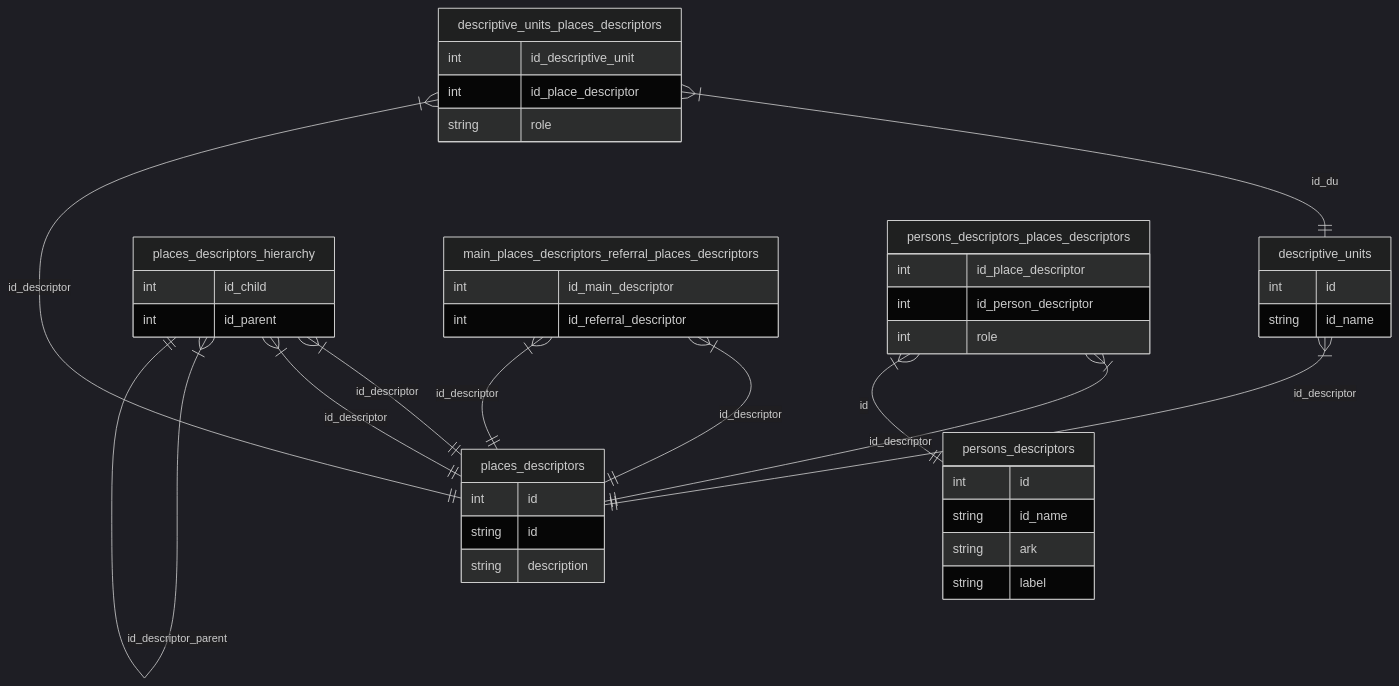
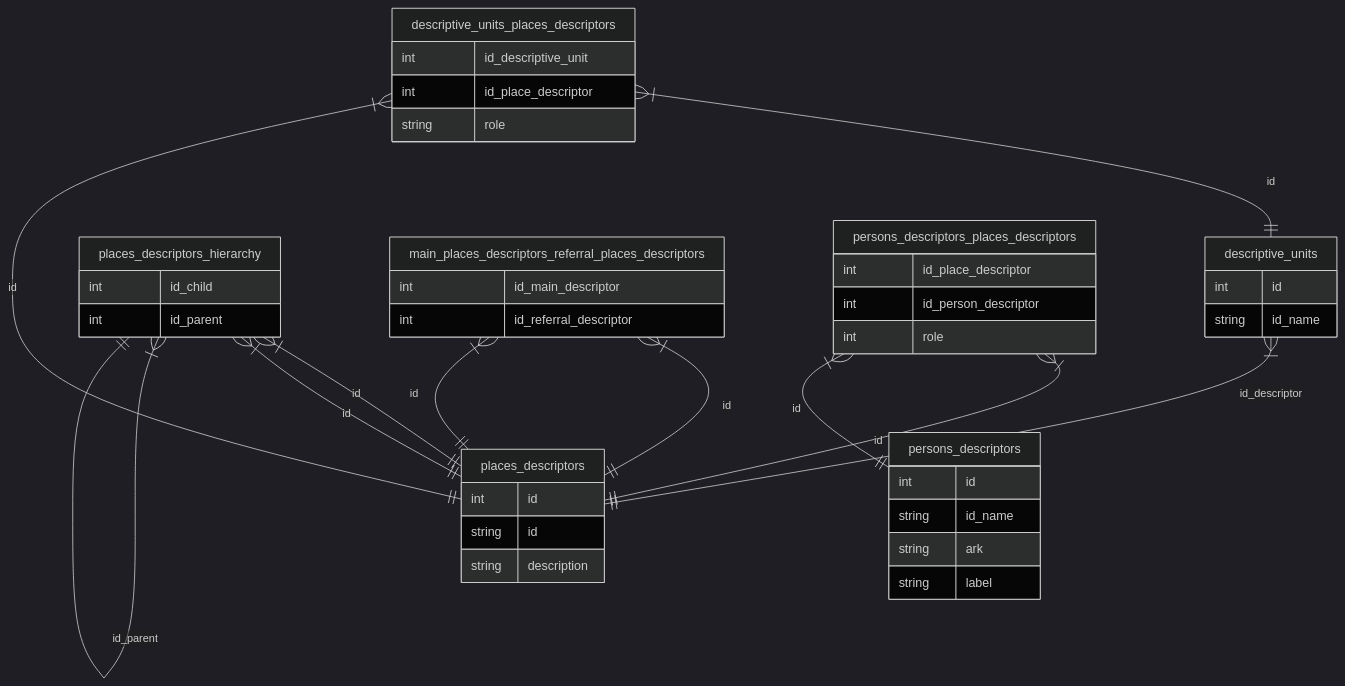
One commit to burgerbibliothek/glamhack26 changed the diagram in data/README.md. Above: the diagram before and after it, drawn with Mermaid (dark theme).

````diff
--- a/data/README.md
+++ b/data/README.md
@@ -10,46 +10,46 @@
 ```mermaid
 erDiagram
     descriptive_units }|--|| places_descriptors : id_descriptor
-    descriptive_units_places_descriptors }|--|| descriptive_units : id_du
-    descriptive_units_places_descriptors }|--|| places_descriptors : id_descriptor
-    places_descriptors_hierarchy }|--|| places_descriptors : id_descriptor
-    places_descriptors_hierarchy }|--|| places_descriptors : id_descriptor
-    places_descriptors_hierarchy }|--|| places_descriptors_hierarchy : id_descriptor_parent
-    main_places_descriptors_referral_places_descriptors }|--|| places_descriptors : id_descriptor
-    main_places_descriptors_referral_places_descriptors }|--|| places_descriptors : id_descriptor
-    persons_descriptors_places_descriptors }|--|| places_descriptors : id_descriptor
+    descriptive_units_places_descriptors }|--|| descriptive_units : id
+    descriptive_units_places_descriptors }|--|| places_descriptors : id
+    places_descriptors_hierarchy }|--|| places_descriptors : id
+    places_descriptors_hierarchy }|--|| places_descriptors : id
+    places_descriptors_hierarchy }|--|| places_descriptors_hierarchy : id_parent
+    main_places_descriptors_referral_places_descriptors }|--|| places_descriptors : id
+    main_places_descriptors_referral_places_descriptors }|--|| places_descriptors : id
+    persons_descriptors_places_descriptors }|--|| places_descriptors : id
     persons_descriptors_places_descriptors }|--|| persons_descriptors : id
     descriptive_units {
         int id
         string id_name
     }
     descriptive_units_places_descriptors {
         int id_descriptive_unit
         int id_place_descriptor
         string role
     }
     places_descriptors {
         int id
         string id
         string description
     }
     persons_descriptors {
         int id
         string id_name
         string ark
         string label
     }
     persons_descriptors_places_descriptors{
         int id_place_descriptor
         int id_person_descriptor
         int role
     }
     main_places_descriptors_referral_places_descriptors{
         int id_main_descriptor
         int id_referral_descriptor
     }
     places_descriptors_hierarchy{
         int id_child
         int id_parent
     }
 ```
````
